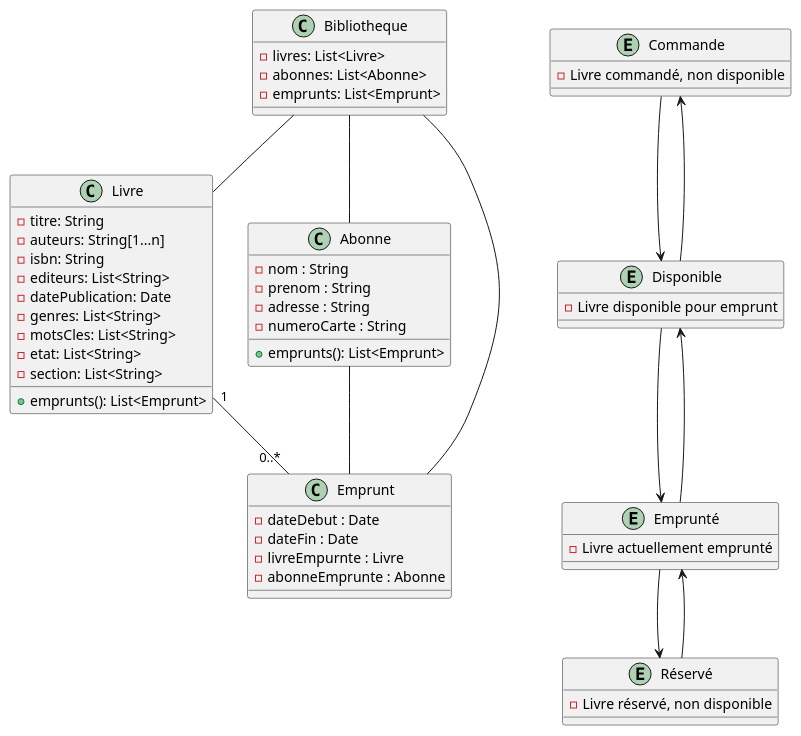
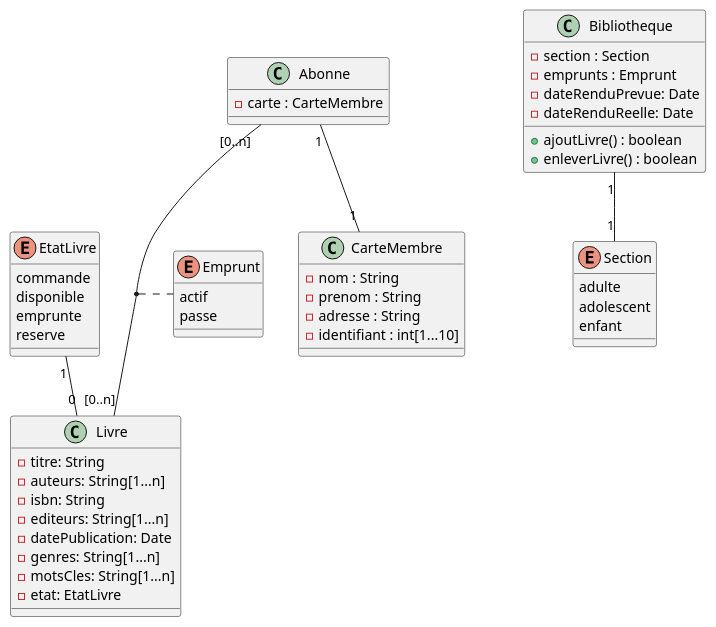
One commit to sybarry/Analyse-Logiciel changed the diagram in exercices/modules/development/examples/classes.plantuml. Above: the diagram before and after it, drawn with PlantUML. The commit also changed 1 other file, not shown here.

```diff
--- a/exercices/modules/development/examples/classes.plantuml
+++ b/exercices/modules/development/examples/classes.plantuml
@@ -1,74 +1,62 @@
 @startuml
 class Livre {
       - titre: String
       - auteurs: String[1...n]
       - isbn: String
-      - editeurs: List<String>
+      - editeurs: String[1...n]
       - datePublication: Date
-      - genres: List<String>
-      - motsCles: List<String>
-      - etat: List<String>
-      - section: List<String>
+      - genres: String[1...n]
+      - motsCles: String[1...n]
+      - etat: EtatLivre
+}
 
-      + emprunts(): List<Emprunt>
+enum EtatLivre {
+      commande
+      disponible
+      emprunte
+      reserve
+}
 
+enum Section {
+      adulte
+      adolescent
+      enfant
+}
+
+enum Emprunt {
+      actif
+      passe
+}
+
+class CarteMembre {
+   - nom : String
+   - prenom : String
+   - adresse : String
+   - identifiant : int[1...10]
 }
 
 class Abonne {
-   - nom : String
-   - prenom : String
-   - adresse : String
-   - numeroCarte : String
-
-   + emprunts(): List<Emprunt>
+    - carte : CarteMembre
 }
 
 
-class Emprunt {
-   - dateDebut : Date
-   - dateFin : Date
-   - livreEmpurnte : Livre
-   - abonneEmprunte : Abonne
-}
+class Bibliotheque {
+    - section : Section
+    - emprunts : Emprunt
+    - dateRenduPrevue: Date
+    - dateRenduReelle: Date
 
-class Bibliotheque {
-    -livres: List<Livre>
-    -abonnes: List<Abonne>
-    -emprunts: List<Emprunt>
+    + ajoutLivre() : boolean
+    + enleverLivre() : boolean
 }
 
 
-entity Commande {
-    - Livre commandé, non disponible
-}
+EtatLivre "1" -- "0" Livre
 
-entity Disponible {
-    - Livre disponible pour emprunt
-}
+Abonne "[0..n]" -- "[0..n]" Livre
+(Livre,Abonne) . Emprunt
 
-entity Emprunté {
-    - Livre actuellement emprunté
-}
-
-entity Réservé {
-    - Livre réservé, non disponible
-}
-
-
-Commande -->  Disponible
-Commande <--  Disponible
-
-Disponible -->  Emprunté
-Disponible <--  Emprunté
-
-Emprunté -->  Réservé
-Emprunté <--  Réservé
-
-Bibliotheque -- Livre
-Bibliotheque -- Abonne
-Bibliotheque -- Emprunt
-Abonne -- Emprunt
-Livre "1" -- "0..*" Emprunt
-
+Abonne "1" -- "1" CarteMembre
+Bibliotheque "1" -- "1" Section
 
 @enduml
```
